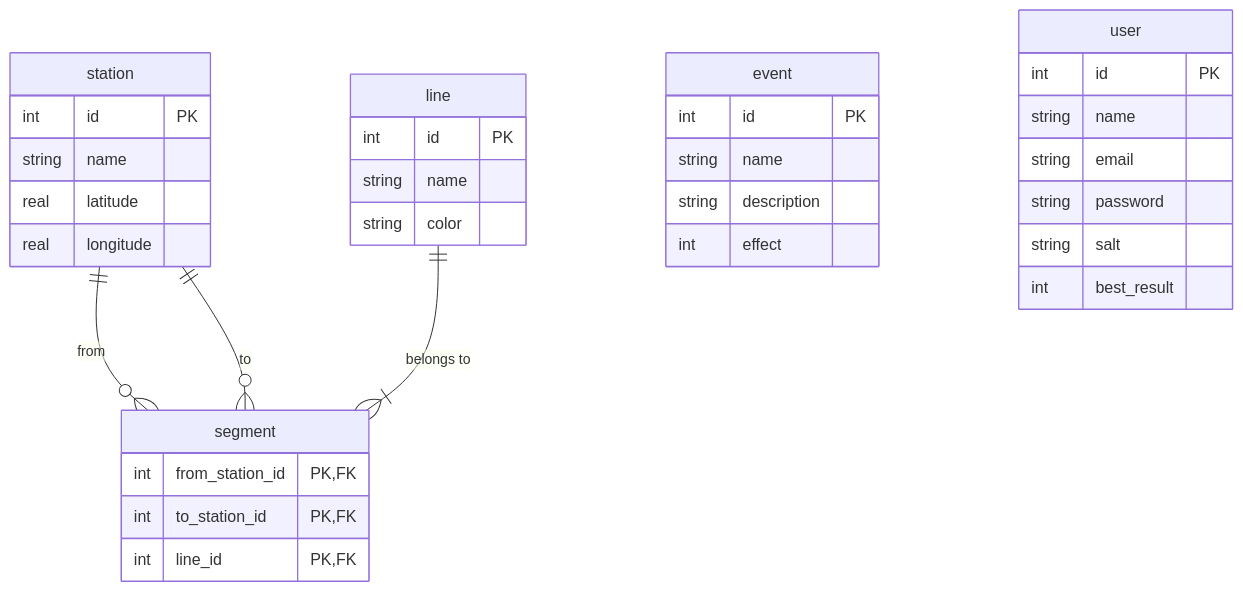
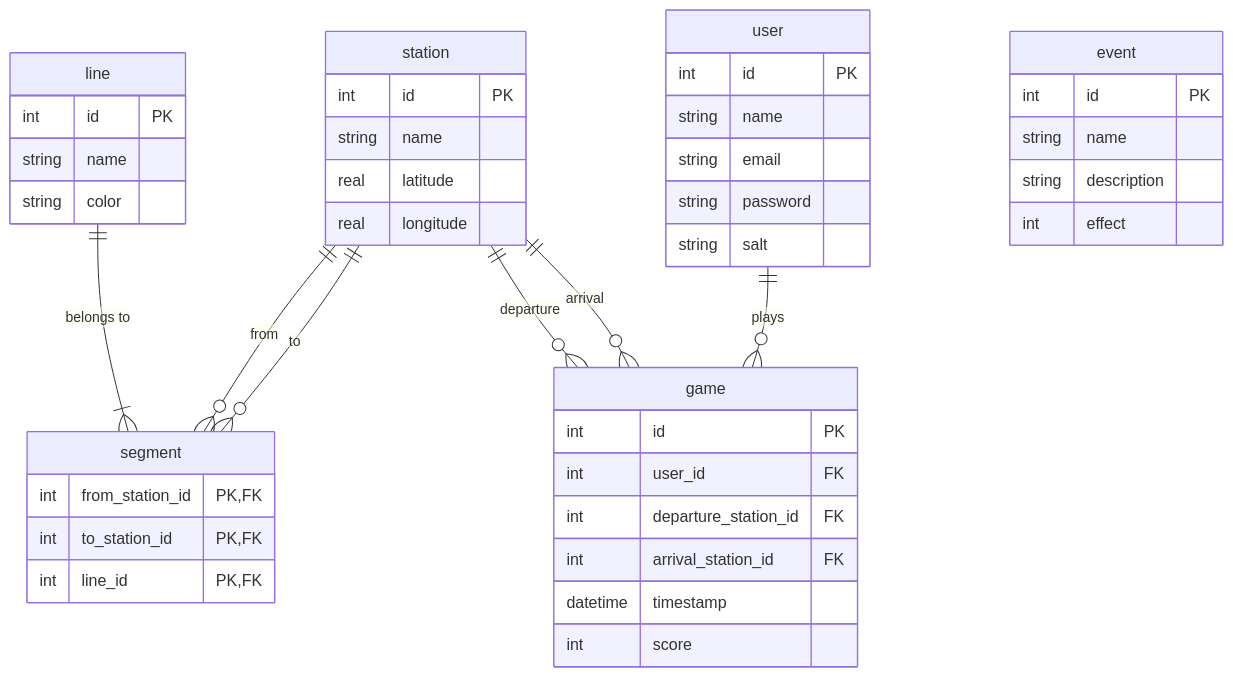
Before and after one commit to polito-WA1-2026-exam/exam-1-last-race-devgfe: the second of 2 diagrams in README.md, drawn with Mermaid. The commit also changed other lines of this file and 3 other files, not shown here.

````diff
--- a/README.md
+++ b/README.md
@@ -48,37 +48,47 @@
 ```mermaid
 erDiagram
     station ||--o{ segment : "from"
     station ||--o{ segment : "to"
     line ||--|{ segment : "belongs to"
+    user ||--o{ game : "plays"
+    station ||--o{ game : "departure"
+    station ||--o{ game : "arrival"
 
     event {
         int id PK
         string name
         string description
         int effect
     }
     user {
         int id PK
         string name
         string email
         string password
         string salt
-        int best_result
     }
     station {
         int id PK
         string name
         real latitude
         real longitude
     }
     line {
         int id PK
         string name
         string color
     }
     segment {
         int from_station_id PK, FK
         int to_station_id PK, FK
         int line_id PK, FK
     }
+    game {
+        int id PK
+        int user_id FK
+        int departure_station_id FK
+        int arrival_station_id FK
+        datetime timestamp
+        int score
+    }
 ```
````
